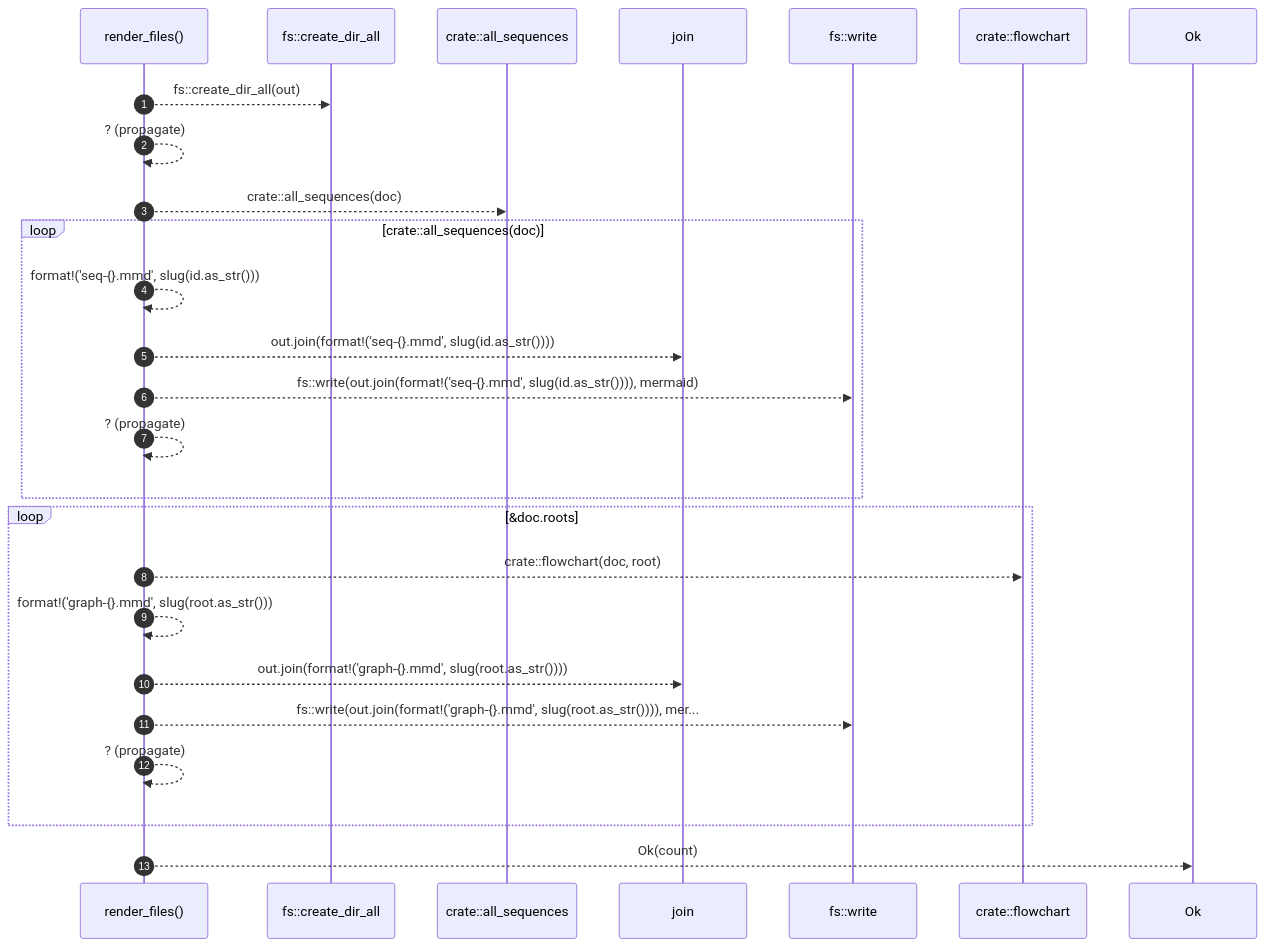
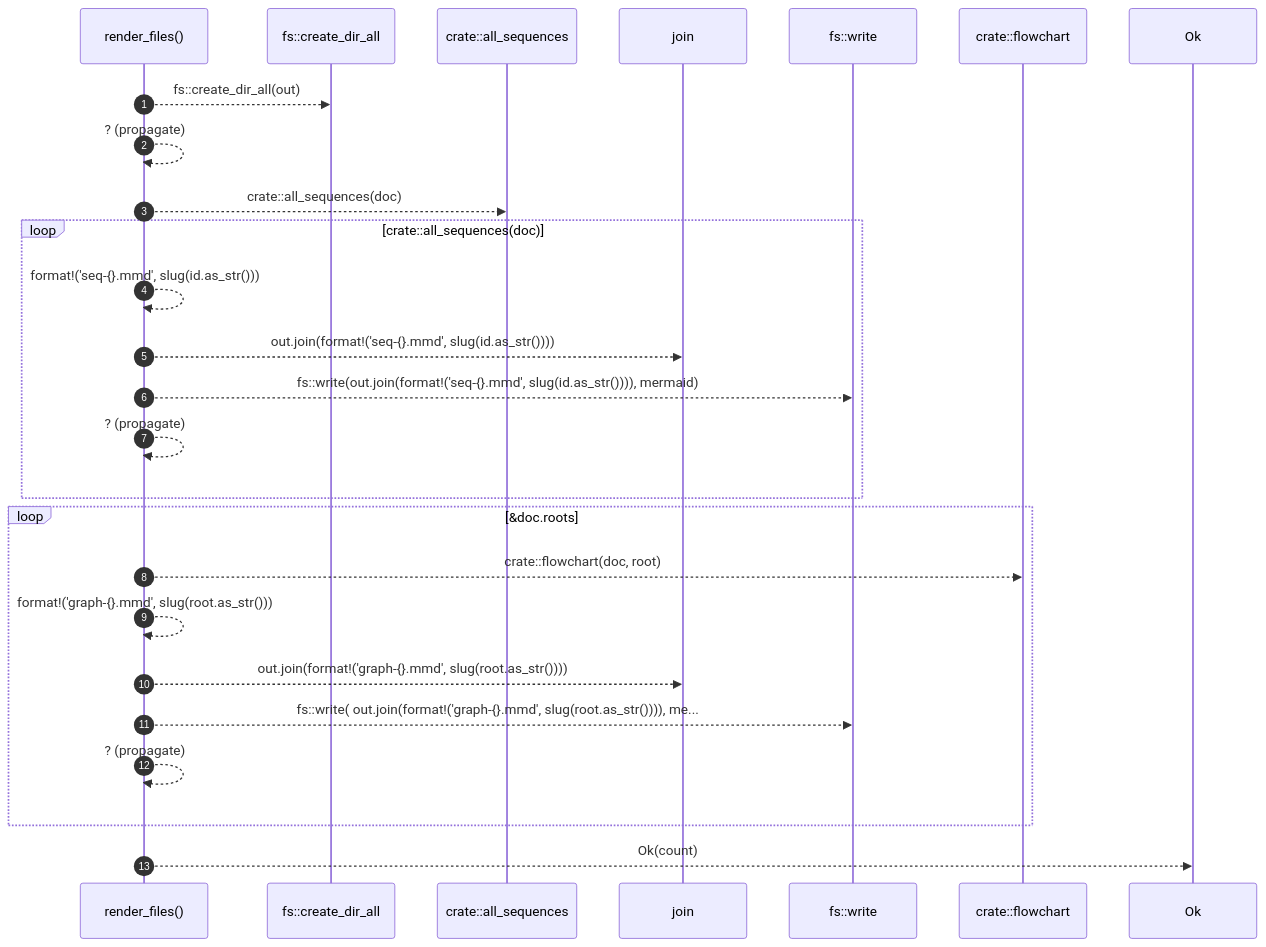
One commit to RyanGuild/self-describing-code changed the diagram in docs/self-model/robby_render/pipeline/render-files.md. Above: the diagram before and after it, drawn with Mermaid. The commit also changed other lines of this file and 747 other files, not shown here.

````diff
--- a/docs/self-model/robby_render/pipeline/render-files.md
+++ b/docs/self-model/robby_render/pipeline/render-files.md
@@ -34,28 +37,28 @@
 ```mermaid
 sequenceDiagram
     autonumber
     participant render_files as render_files()
     participant fs__create_dir_all as fs::create_dir_all
     participant crate__all_sequences as crate::all_sequences
     participant join as join
     participant fs__write as fs::write
     participant crate__flowchart as crate::flowchart
     participant Ok as Ok
     render_files-->>fs__create_dir_all: fs::create_dir_all(out)
     render_files-->>render_files: ? (propagate)
     render_files-->>crate__all_sequences: crate::all_sequences(doc)
     loop crate::all_sequences(doc)
     render_files-->>render_files: format!('seq-{}.mmd', slug(id.as_str()))
     render_files-->>join: out.join(format!('seq-{}.mmd', slug(id.as_str())))
     render_files-->>fs__write: fs::write(out.join(format!('seq-{}.mmd', slug(id.as_str()))), mermaid)
     render_files-->>render_files: ? (propagate)
     end
     loop &doc.roots
     render_files-->>crate__flowchart: crate::flowchart(doc, root)
     render_files-->>render_files: format!('graph-{}.mmd', slug(root.as_str()))
     render_files-->>join: out.join(format!('graph-{}.mmd', slug(root.as_str())))
-    render_files-->>fs__write: fs::write(out.join(format!('graph-{}.mmd', slug(root.as_str()))), mer...
+    render_files-->>fs__write: fs::write( out.join(format!('graph-{}.mmd', slug(root.as_str()))), me...
     render_files-->>render_files: ? (propagate)
     end
     render_files-->>Ok: Ok(count)
 ```
````
